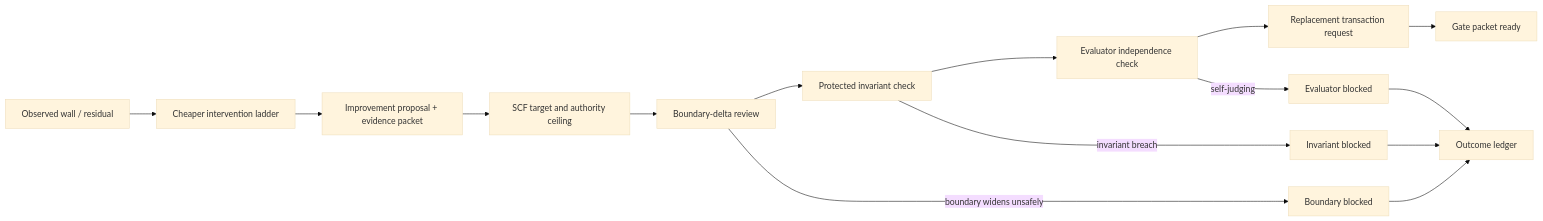
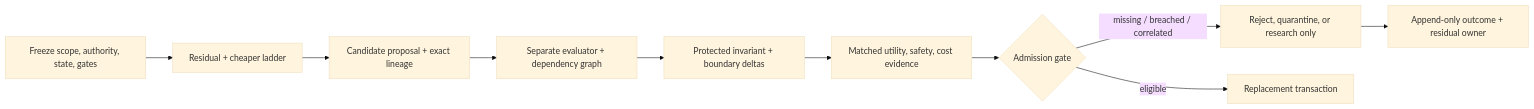
The first of 2 diagrams in chapters/recursive-self-improvement-boundaries.qmd (corbensorenson/asi-stack-book), drawn with Mermaid (base theme) before and after one commit. The commit also changed other lines of this file and 723 other files, not shown here.

````diff
--- a/chapters/recursive-self-improvement-boundaries.qmd
+++ b/chapters/recursive-self-improvement-boundaries.qmd
@@ -126,17 +204,12 @@
 ```{mermaid}
 flowchart LR
-  A["Observed wall / residual"] --> B["Cheaper intervention ladder"]
-  B --> C["Improvement proposal + evidence packet"]
-  C --> D["SCF target and authority ceiling"]
-  D --> E["Boundary-delta review"]
-  E --> F["Protected invariant check"]
-  F --> G["Evaluator independence check"]
-  G --> H["Replacement transaction request"]
-  E -- "boundary widens unsafely" --> J["Boundary blocked"]
-  F -- "invariant breach" --> K["Invariant blocked"]
-  G -- "self-judging" --> L["Evaluator blocked"]
-  H --> M["Gate packet ready"]
-  J --> P["Outcome ledger"]
-  K --> P
-  L --> P
+  A["Freeze scope, authority, state, gates"] --> B["Residual + cheaper ladder"]
+  B --> C["Candidate proposal + exact lineage"]
+  C --> D["Separate evaluator + dependency graph"]
+  D --> E["Protected invariant + boundary deltas"]
+  E --> F["Matched utility, safety, cost evidence"]
+  F --> G{"Admission gate"}
+  G -- "missing / breached / correlated" --> H["Reject, quarantine, or research only"]
+  G -- "eligible" --> I["Replacement transaction"]
+  H --> J["Append-only outcome + residual owner"]
 ```
````
